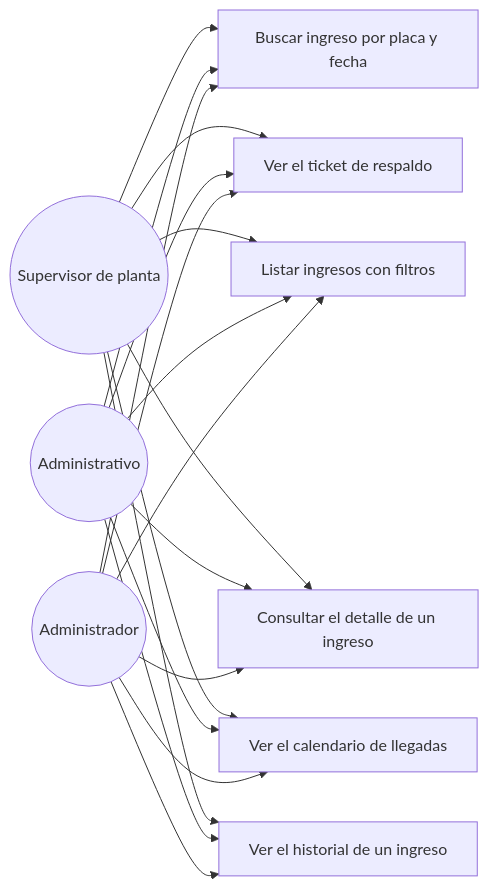
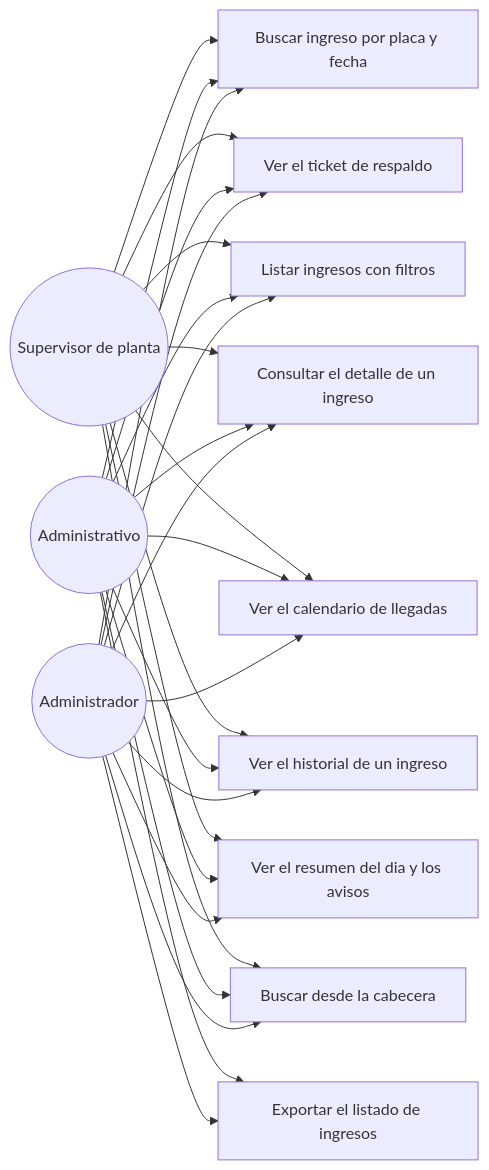
Before and after one commit to adlerOmonte1/LogisticaMinera: the diagram in docs/modulos/M07-consulta/diagramas/caso_uso.md, drawn with Mermaid. The commit also changed other lines of this file and 72 other files, not shown here.

````diff
--- a/docs/modulos/M07-consulta/diagramas/caso_uso.md
+++ b/docs/modulos/M07-consulta/diagramas/caso_uso.md
@@ -3,32 +3,43 @@
 ```mermaid
 flowchart LR
     SUP(("Supervisor de planta"))
     ADV(("Administrativo"))
     ADM(("Administrador"))
 
     UC1["Buscar ingreso por placa y fecha"]
     UC2["Ver el ticket de respaldo"]
     UC3["Listar ingresos con filtros"]
     UC4["Consultar el detalle de un ingreso"]
     UC5["Ver el calendario de llegadas"]
     UC6["Ver el historial de un ingreso"]
+    UC7["Ver el resumen del dia y los avisos"]
+    UC8["Buscar desde la cabecera"]
+    UC9["Exportar el listado de ingresos"]
 
     SUP --> UC1
     SUP --> UC2
     SUP --> UC3
     SUP --> UC4
     SUP --> UC5
     SUP --> UC6
+    SUP --> UC7
+    SUP --> UC8
     ADV --> UC1
     ADV --> UC2
     ADV --> UC3
     ADV --> UC4
     ADV --> UC5
     ADV --> UC6
+    ADV --> UC7
+    ADV --> UC8
+    ADV --> UC9
     ADM --> UC1
     ADM --> UC2
     ADM --> UC3
     ADM --> UC4
     ADM --> UC5
     ADM --> UC6
+    ADM --> UC7
+    ADM --> UC8
+    ADM --> UC9
 ```
````
